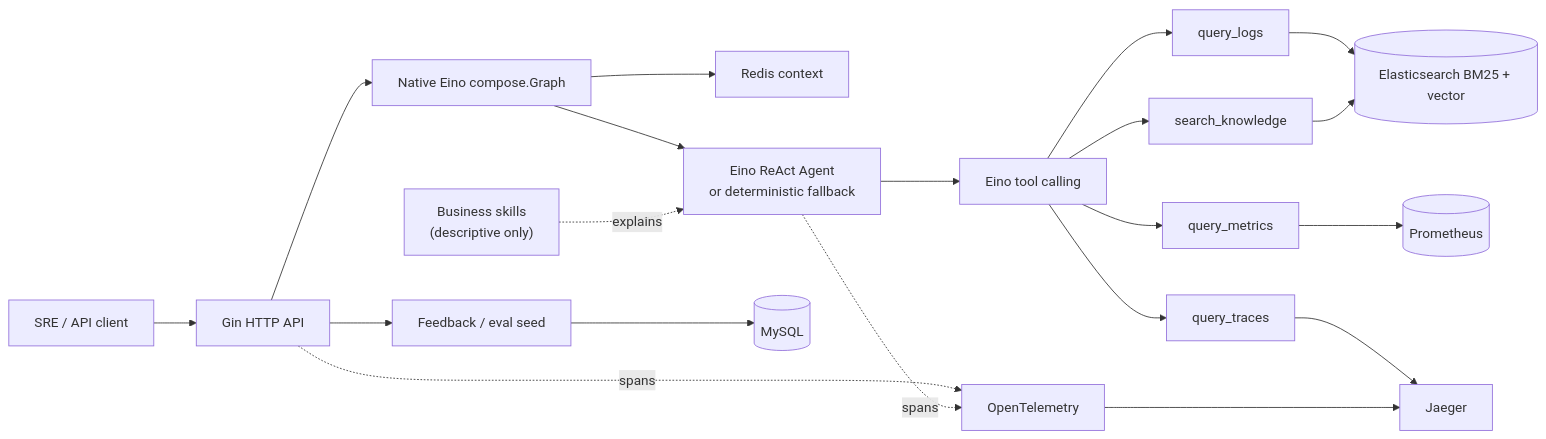
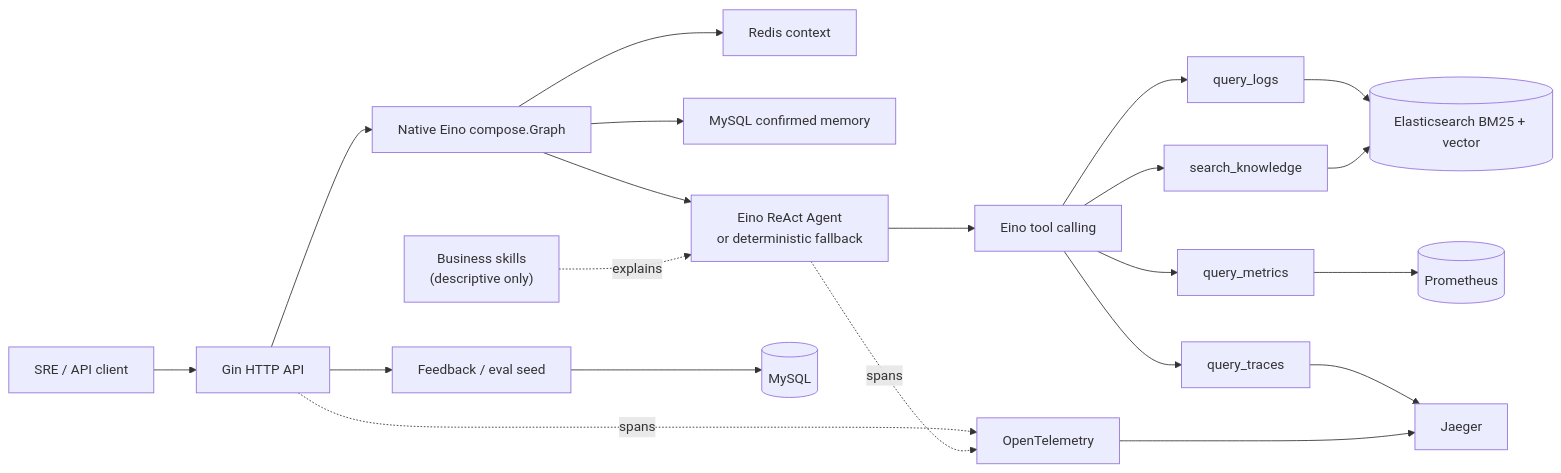
One commit to jiawei-wang-dev/WatchOps-Lite changed the diagram in README.md. Above: the diagram before and after it, drawn with Mermaid. The commit also changed other lines of this file and 27 other files, not shown here.

Commit message:
feat: add MySQL long-term memory

````diff
--- a/README.md
+++ b/README.md
@@ -9,22 +9,23 @@
 ```mermaid
 flowchart LR
     C["SRE / API client"] --> G["Gin HTTP API"]
     G --> A["Native Eino compose.Graph"]
     A --> M["Redis context"]
+    A --> LM["MySQL confirmed memory"]
     A --> E["Eino ReAct Agent<br/>or deterministic fallback"]
     S["Business skills<br/>(descriptive only)"] -. explains .-> E
     E --> T["Eino tool calling"]
     T --> L["query_logs"]
     T --> P["query_metrics"]
     T --> R["query_traces"]
     T --> K["search_knowledge"]
     L --> ES
     P --> PROM[("Prometheus")]
     R --> J
     K --> ES[("Elasticsearch BM25 + vector")]
     G --> F["Feedback / eval seed"]
     F --> DB[("MySQL")]
     G -. spans .-> O["OpenTelemetry"]
     E -. spans .-> O
     O --> J["Jaeger"]
 ```
````
